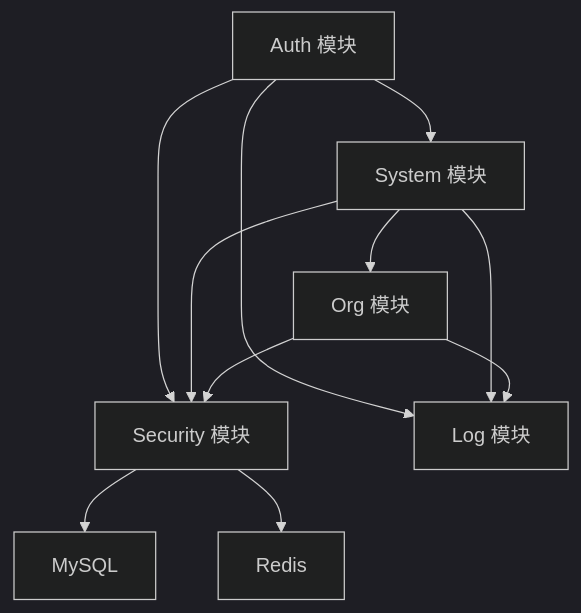
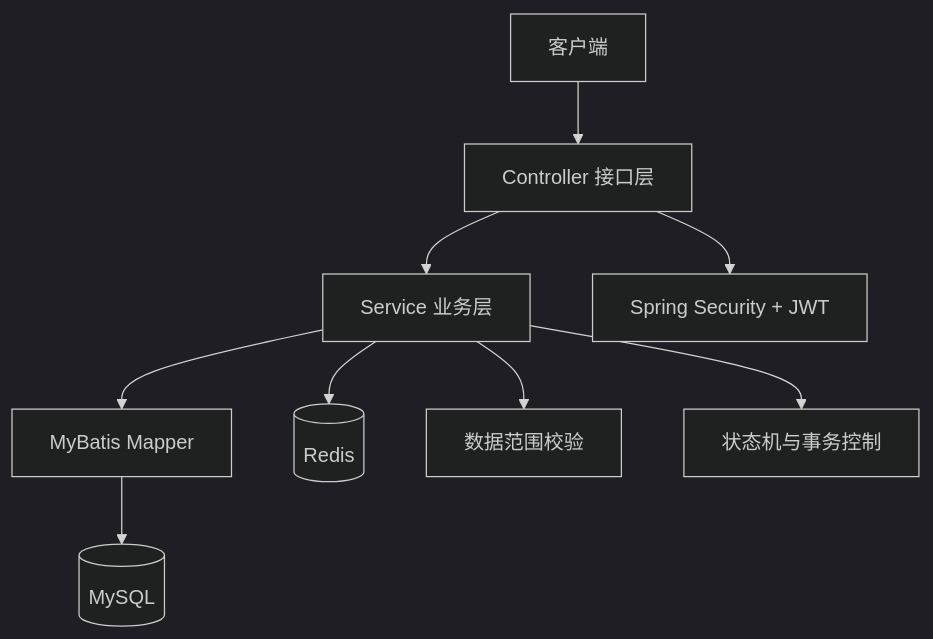
One commit to Palpitate-XQY/GraduationProject changed the diagram in back/community/docs/01-项目概述.md. Above: the diagram before and after it, drawn with Mermaid (dark theme). The commit also changed other lines of this file and 5 other files, not shown here.

````diff
--- a/back/community/docs/01-项目概述.md
+++ b/back/community/docs/01-项目概述.md
@@ -25,13 +38,11 @@
 ```mermaid
 graph TD
-    A["Auth 模块"] --> B["System 模块"]
-    B --> C["Org 模块"]
-    A --> D["Security 模块"]
-    B --> D
-    C --> D
-    A --> E["Log 模块"]
-    B --> E
-    C --> E
-    D --> F["MySQL"]
-    D --> G["Redis"]
+    A[客户端] --> B[Controller 接口层]
+    B --> C[Service 业务层]
+    C --> D[MyBatis Mapper]
+    D --> E[(MySQL)]
+    C --> F[(Redis)]
+    B --> G[Spring Security + JWT]
+    C --> H[数据范围校验]
+    C --> I[状态机与事务控制]
 ```
````
